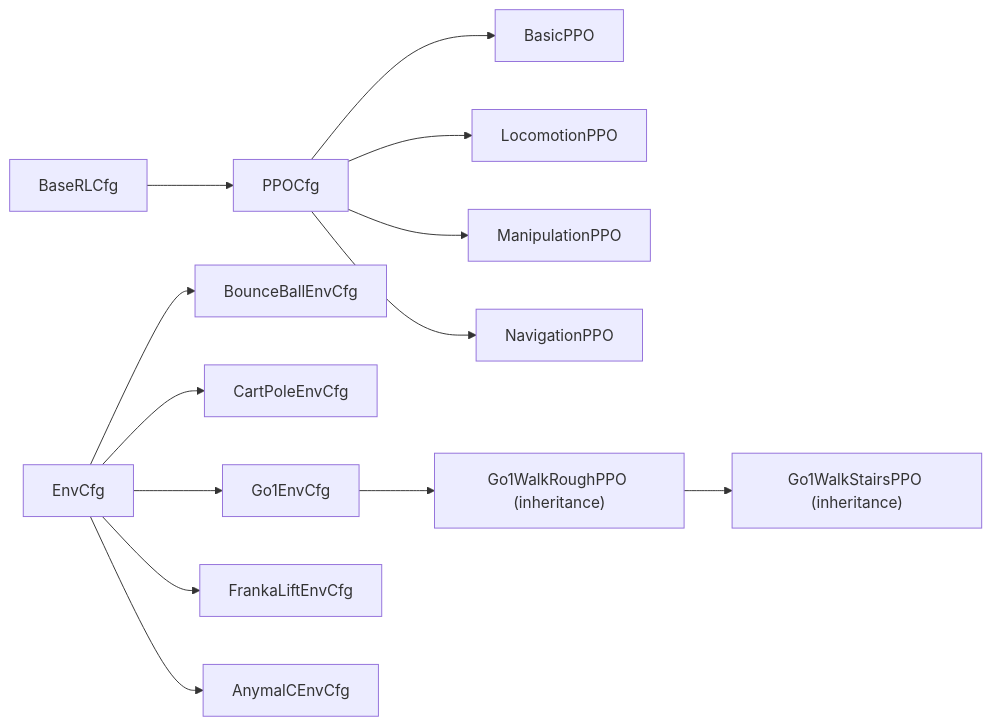
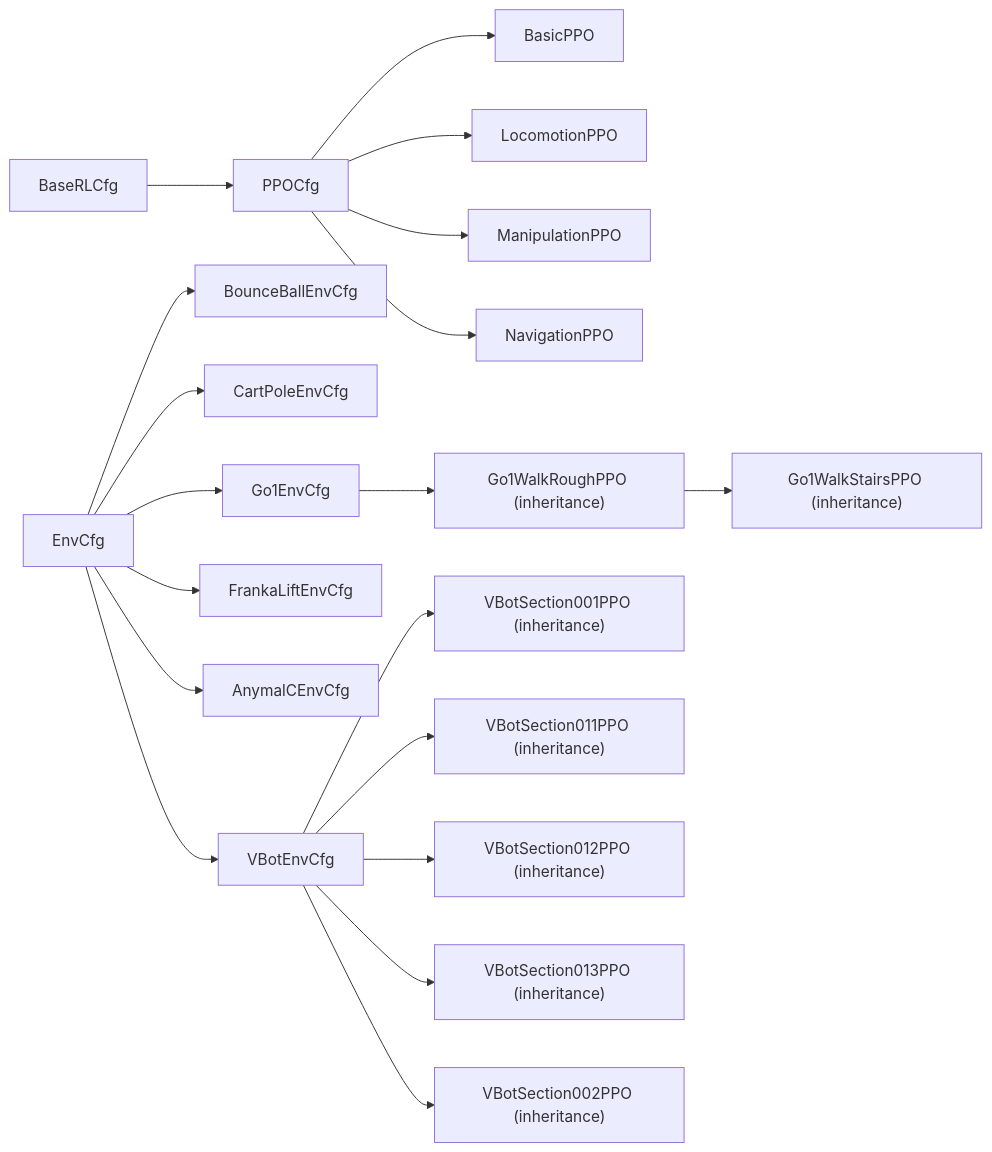
One commit to jayjayhust/MotrixLab changed the ninth of 11 diagrams in .qoder/repowiki/en/content/Configuration System.md. Above: the diagram before and after it, drawn with Mermaid. The commit also changed other lines of this file and 15 other files, not shown here.

````diff
--- a/.qoder/repowiki/en/content/Configuration System.md
+++ b/.qoder/repowiki/en/content/Configuration System.md
@@ -398,15 +594,21 @@
 ```mermaid
 graph LR
 EnvCfg --> BounceBallEnvCfg
 EnvCfg --> CartPoleEnvCfg
 EnvCfg --> Go1EnvCfg
 EnvCfg --> FrankaLiftEnvCfg
 EnvCfg --> AnymalCEnvCfg
+EnvCfg --> VBotEnvCfg
 BaseRLCfg --> PPOCfg
 PPOCfg --> BasicPPO
 PPOCfg --> LocomotionPPO
 PPOCfg --> ManipulationPPO
 PPOCfg --> NavigationPPO
 Go1EnvCfg --> Go1Rough["Go1WalkRoughPPO (inheritance)"]
 Go1Rough --> Go1Stairs["Go1WalkStairsPPO (inheritance)"]
+VBotEnvCfg --> VBotSection001["VBotSection001PPO (inheritance)"]
+VBotEnvCfg --> VBotSection011["VBotSection011PPO (inheritance)"]
+VBotEnvCfg --> VBotSection012["VBotSection012PPO (inheritance)"]
+VBotEnvCfg --> VBotSection013["VBotSection013PPO (inheritance)"]
+VBotEnvCfg --> VBotSection002["VBotSection002PPO (inheritance)"]
 ```
````
